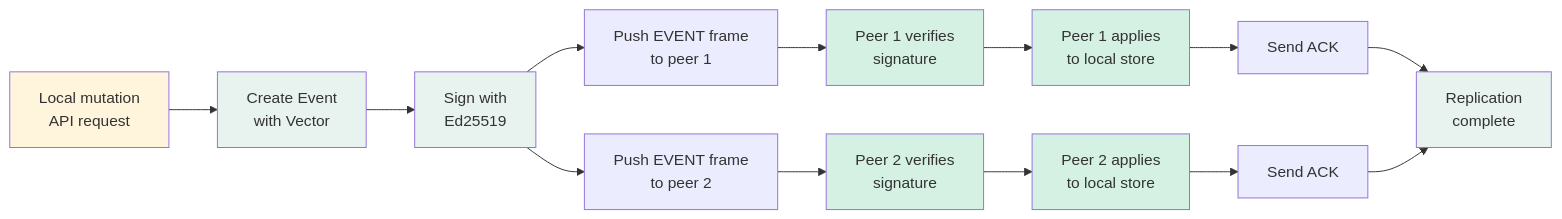
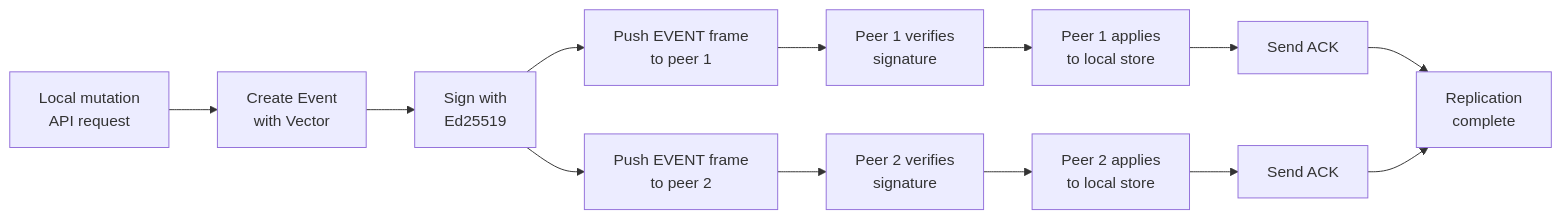
One commit to TenforwardAB/go53 changed the fourth of 8 diagrams in docs/concepts/distributed-mode.md. Above: the diagram before and after it, drawn with Mermaid. The commit also changed other lines of this file and 3 other files, not shown here.

Commit message:
Updated Mermaidjs diagrams AI-Note: Claude failed on these and they where fixed manually

````diff
--- a/docs/concepts/distributed-mode.md
+++ b/docs/concepts/distributed-mode.md
@@ -224,24 +217,15 @@
 ```mermaid
 graph LR
   A["Local mutation<br/>API request"] --> B["Create Event<br/>with Vector"]
   B --> C["Sign with<br/>Ed25519"]
   C --> D["Push EVENT frame<br/>to peer 1"]
   C --> E["Push EVENT frame<br/>to peer 2"]
   D --> F["Peer 1 verifies<br/>signature"]
   E --> G["Peer 2 verifies<br/>signature"]
   F --> H["Peer 1 applies<br/>to local store"]
   G --> I["Peer 2 applies<br/>to local store"]
   H --> J["Send ACK"]
   I --> K["Send ACK"]
   J --> L["Replication<br/>complete"]
   K --> L
-
-  style A fill:#fff4dc
-  style B fill:#e8f3ef
-  style C fill:#e8f3ef
-  style F fill:#d4f1e4
-  style G fill:#d4f1e4
-  style H fill:#d4f1e4
-  style I fill:#d4f1e4
-  style L fill:#e8f3ef
 ```
````
